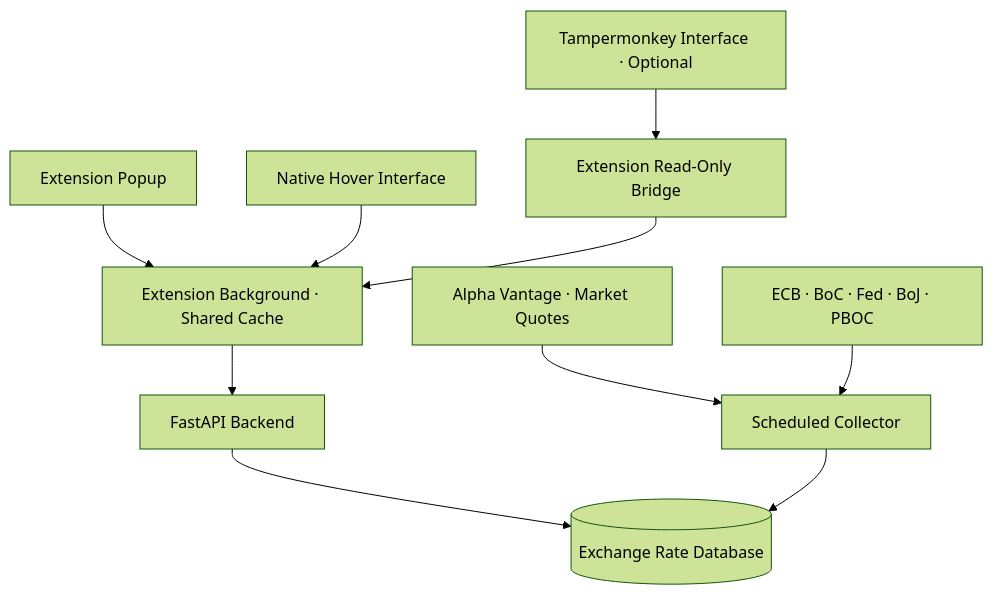
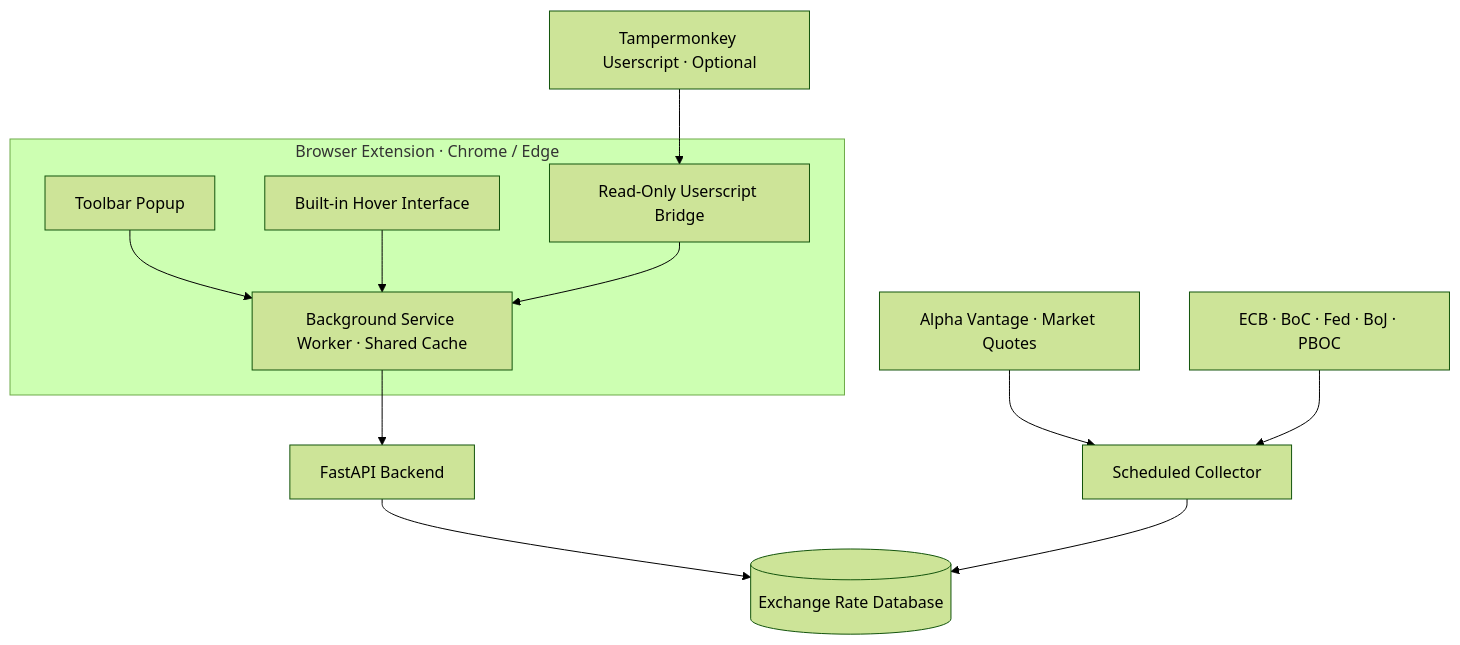
Before and after one commit to shianjeng/FX-Pulses: the diagram in README.md, drawn with Mermaid (forest theme).

````diff
--- a/README.md
+++ b/README.md
@@ -80,12 +80,22 @@
 ```mermaid
 flowchart TD
-    Popup["Extension Popup"] --> Worker["Extension Background · Shared Cache"]
-    Hover["Native Hover Interface"] --> Worker
-    Script["Tampermonkey Interface · Optional"] --> Bridge["Extension Read-Only Bridge"]
-    Bridge --> Worker
+    Script["Tampermonkey Userscript · Optional"]
+
+    subgraph Extension["Browser Extension · Chrome / Edge"]
+        Popup["Toolbar Popup"]
+        Hover["Built-in Hover Interface"]
+        Bridge["Read-Only Userscript Bridge"]
+        Worker["Background Service Worker · Shared Cache"]
+
+        Popup --> Worker
+        Hover --> Worker
+        Bridge --> Worker
+    end
+
+    Script --> Bridge
     Worker --> API["FastAPI Backend"]
     API --> DB[("Exchange Rate Database")]
     Alpha["Alpha Vantage · Market Quotes"] --> Collector["Scheduled Collector"]
     Banks["ECB · BoC · Fed · BoJ · PBOC"] --> Collector
     Collector --> DB
 ```
````
